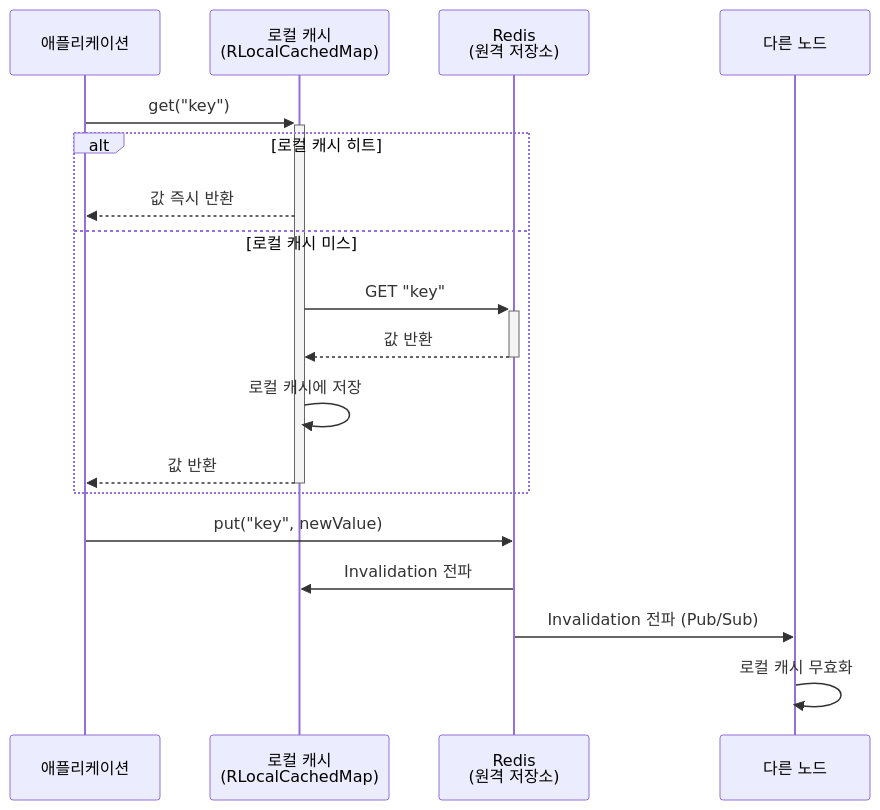
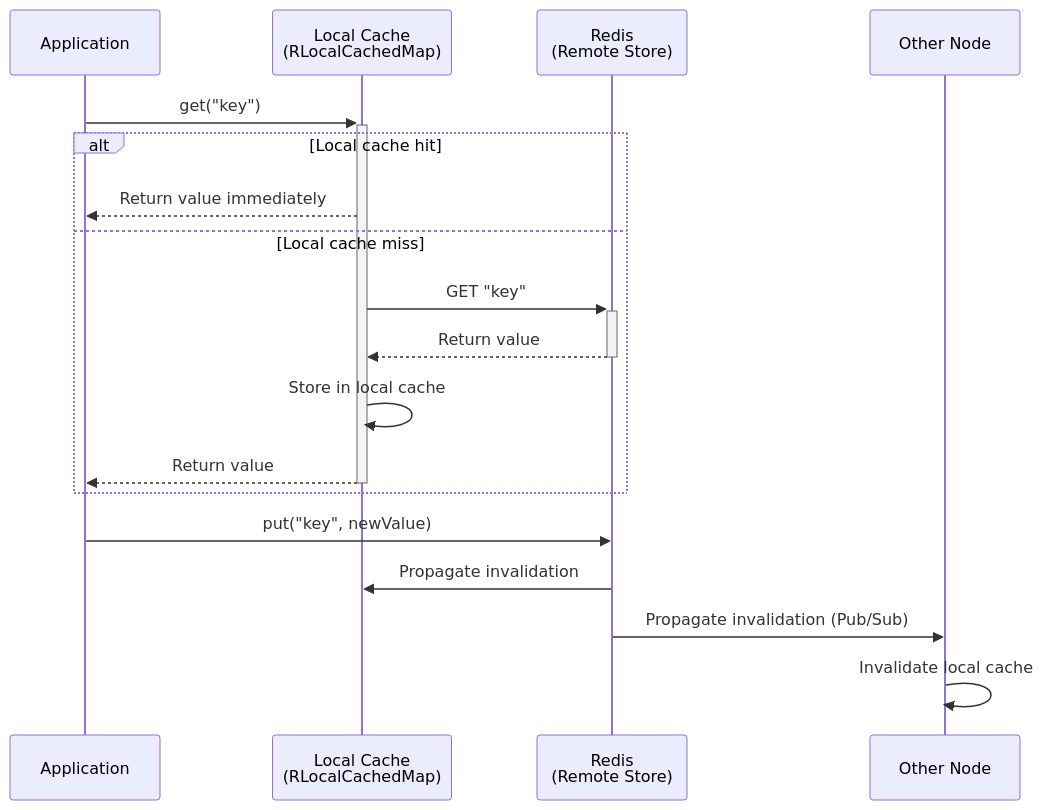
The third of 4 diagrams in infra/redisson/README.md (bluetape4k/bluetape4k-projects), drawn with Mermaid before and after one commit. The commit also changed other lines of this file and 265 other files, not shown here.

````diff
--- a/infra/redisson/README.md
+++ b/infra/redisson/README.md
@@ -384,22 +386,22 @@
 ```mermaid
 sequenceDiagram
-    participant App as 애플리케이션
-    participant Local as 로컬 캐시<br/>(RLocalCachedMap)
-    participant Redis as Redis<br/>(원격 저장소)
-    participant Other as 다른 노드
+    participant App as Application
+    participant Local as Local Cache<br/>(RLocalCachedMap)
+    participant Redis as Redis<br/>(Remote Store)
+    participant Other as Other Node
 
     App->>+Local: get("key")
-    alt 로컬 캐시 히트
-        Local-->>App: 값 즉시 반환
-    else 로컬 캐시 미스
+    alt Local cache hit
+        Local-->>App: Return value immediately
+    else Local cache miss
         Local->>+Redis: GET "key"
-        Redis-->>-Local: 값 반환
-        Local->>Local: 로컬 캐시에 저장
-        Local-->>-App: 값 반환
+        Redis-->>-Local: Return value
+        Local->>Local: Store in local cache
+        Local-->>-App: Return value
     end
 
     App->>Redis: put("key", newValue)
-    Redis->>Local: Invalidation 전파
-    Redis->>Other: Invalidation 전파 (Pub/Sub)
-    Other->>Other: 로컬 캐시 무효화
+    Redis->>Local: Propagate invalidation
+    Redis->>Other: Propagate invalidation (Pub/Sub)
+    Other->>Other: Invalidate local cache
 ```
````
